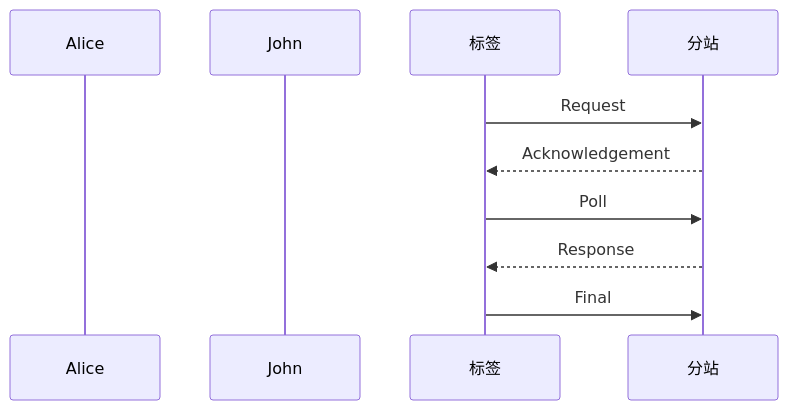
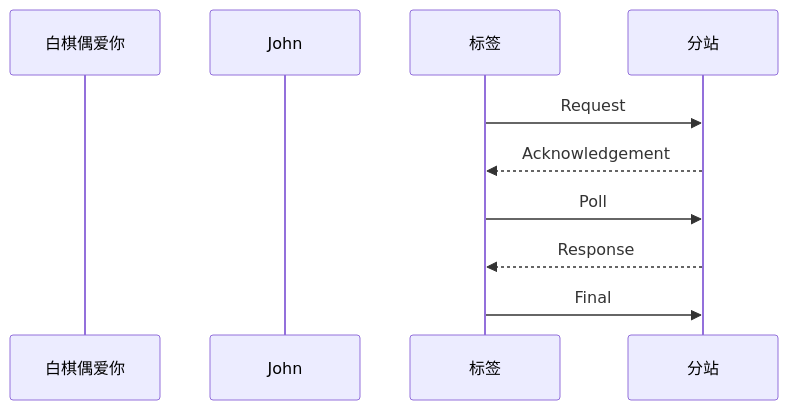
The diagram in all/未命名.md (geek-zhao/iodraw-files), drawn with Mermaid before and after one commit.

Commit message:
2024-08-17 14:01:07 update

````diff
--- a/all/未命名.md
+++ b/all/未命名.md
@@ -1,11 +1,11 @@
 ```mermaid
 sequenceDiagram
-    participant tag as Alice
+    participant tag as 白棋偶爱你
     participant J as John
     标签->>分站: Request
     分站-->>标签: Acknowledgement
     标签->>分站: Poll
     分站-->>标签: Response
     标签->>分站: Final       
 
 ```
````
